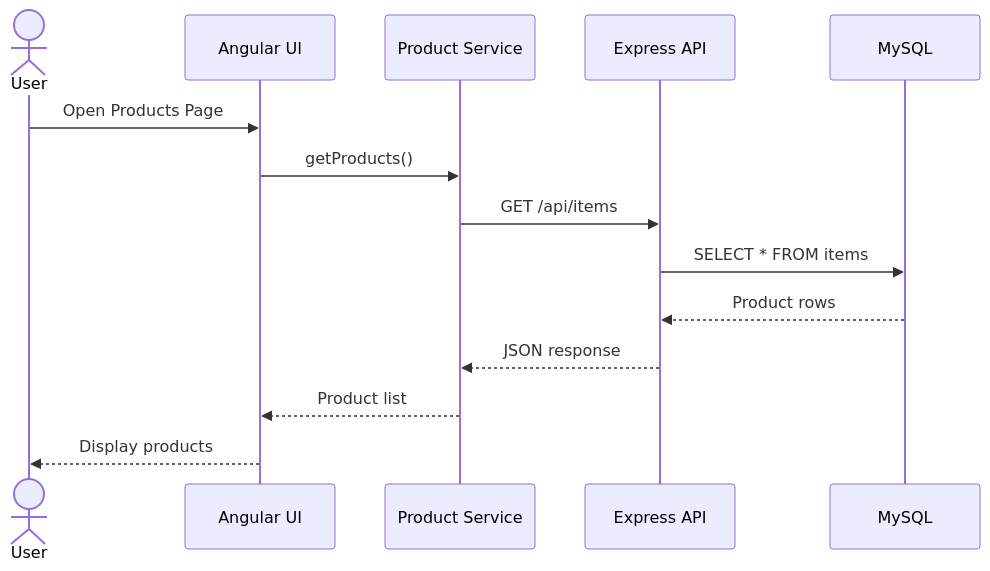
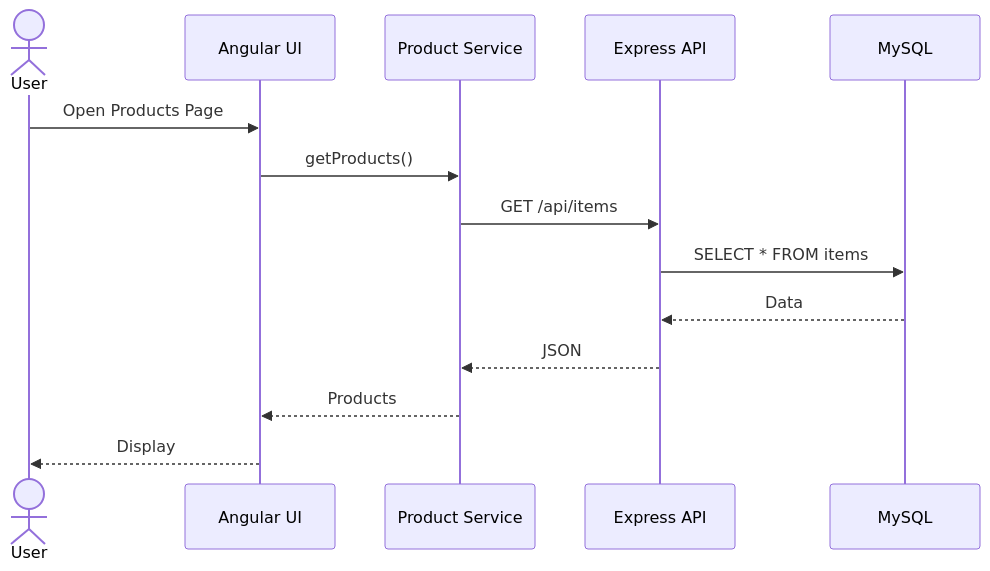
One commit to Drose001/cst391 changed the third of 4 diagrams in milestone/milestone4/README.md. Above: the diagram before and after it, drawn with Mermaid. The commit also changed other lines of this file, not shown here.

````diff
--- a/milestone/milestone4/README.md
+++ b/milestone/milestone4/README.md
@@ -76,17 +85,17 @@
 ```mermaid
 sequenceDiagram
     actor User
     participant UI as Angular UI
     participant Service as Product Service
     participant API as Express API
     participant DB as MySQL
 
     User->>UI: Open Products Page
     UI->>Service: getProducts()
     Service->>API: GET /api/items
     API->>DB: SELECT * FROM items
-    DB-->>API: Product rows
-    API-->>Service: JSON response
-    Service-->>UI: Product list
-    UI-->>User: Display products
+    DB-->>API: Data
+    API-->>Service: JSON
+    Service-->>UI: Products
+    UI-->>User: Display
 ```
````
